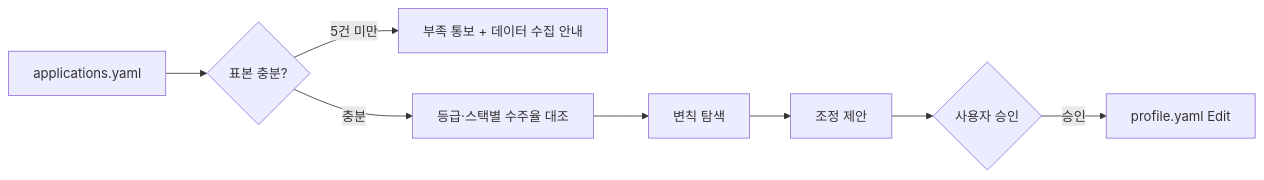
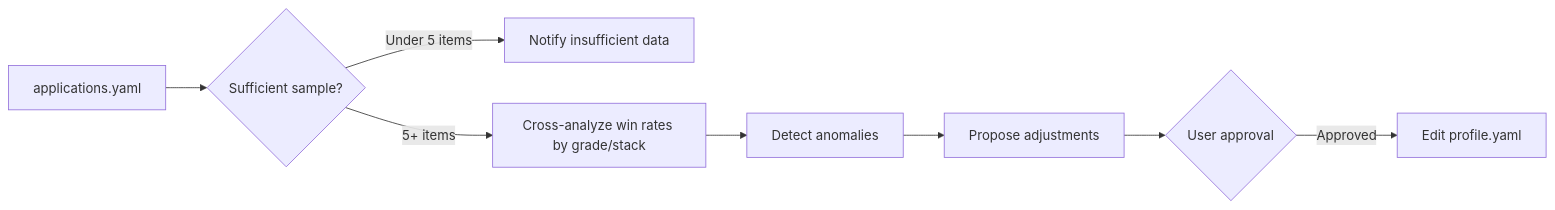
The diagram in skills/wishket-feedback/SKILL.md (epicsagas/wishket-radar), drawn with Mermaid before and after one commit. The commit also changed other lines of this file and 14 other files, not shown here.

````diff
--- a/skills/wishket-feedback/SKILL.md
+++ b/skills/wishket-feedback/SKILL.md
@@ -10,10 +10,10 @@
 ```mermaid
 flowchart LR
-    A[applications.yaml] --> B{표본 충분?}
-    B -- 5건 미만 --> Z[부족 통보 + 데이터 수집 안내]
-    B -- 충분 --> C[등급·스택별 수주율 대조]
-    C --> D[변칙 탐색]
-    D --> E[조정 제안]
-    E --> F{사용자 승인}
-    F -- 승인 --> G[profile.yaml Edit]
+    A[applications.yaml] --> B{Sufficient sample?}
+    B -- Under 5 items --> Z[Notify insufficient data]
+    B -- 5+ items --> C[Cross-analyze win rates by grade/stack]
+    C --> D[Detect anomalies]
+    D --> E[Propose adjustments]
+    E --> F{User approval}
+    F -- Approved --> G[Edit profile.yaml]
 ```
````
